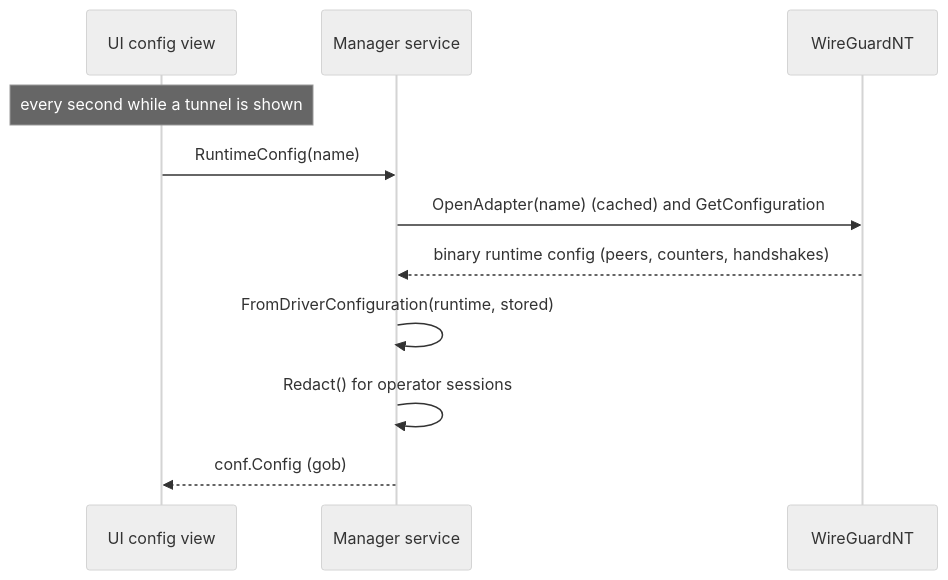
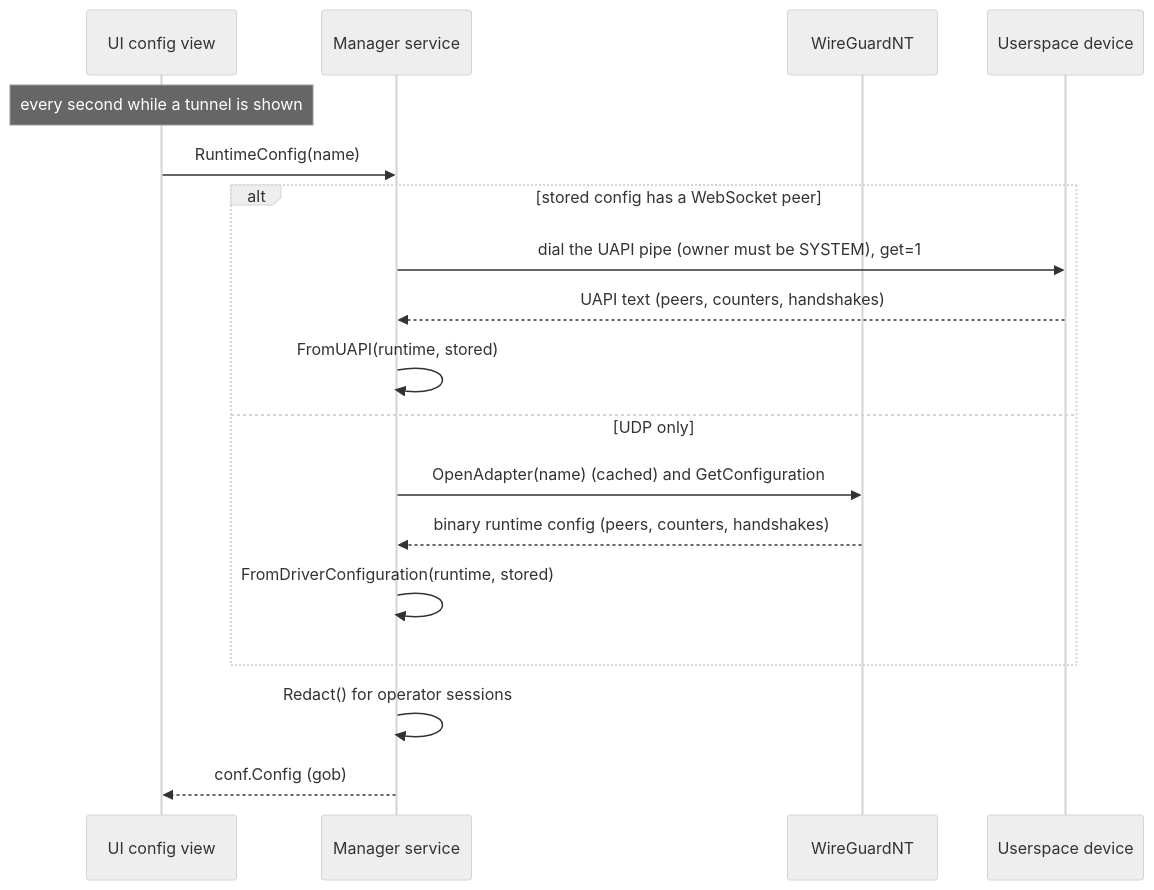
The third of 8 diagrams in docs/ARCHITECTURE.md (danielealbano/wireguard-windows), drawn with Mermaid (neutral theme) before and after one commit. The commit also changed other lines of this file and 4 other files, not shown here.

````diff
--- a/docs/ARCHITECTURE.md
+++ b/docs/ARCHITECTURE.md
@@ -95,14 +102,21 @@
 ```mermaid
 sequenceDiagram
     participant UI as UI config view
     participant MGR as Manager service
     participant DRV as WireGuardNT
+    participant DEV as Userspace device
 
     Note over UI: every second while a tunnel is shown
     UI->>MGR: RuntimeConfig(name)
-    MGR->>DRV: OpenAdapter(name) (cached) and GetConfiguration
-    DRV-->>MGR: binary runtime config (peers, counters, handshakes)
-    MGR->>MGR: FromDriverConfiguration(runtime, stored)
+    alt stored config has a WebSocket peer
+        MGR->>DEV: dial the UAPI pipe (owner must be SYSTEM), get=1
+        DEV-->>MGR: UAPI text (peers, counters, handshakes)
+        MGR->>MGR: FromUAPI(runtime, stored)
+    else UDP only
+        MGR->>DRV: OpenAdapter(name) (cached) and GetConfiguration
+        DRV-->>MGR: binary runtime config (peers, counters, handshakes)
+        MGR->>MGR: FromDriverConfiguration(runtime, stored)
+    end
     MGR->>MGR: Redact() for operator sessions
     MGR-->>UI: conf.Config (gob)
 ```
````
